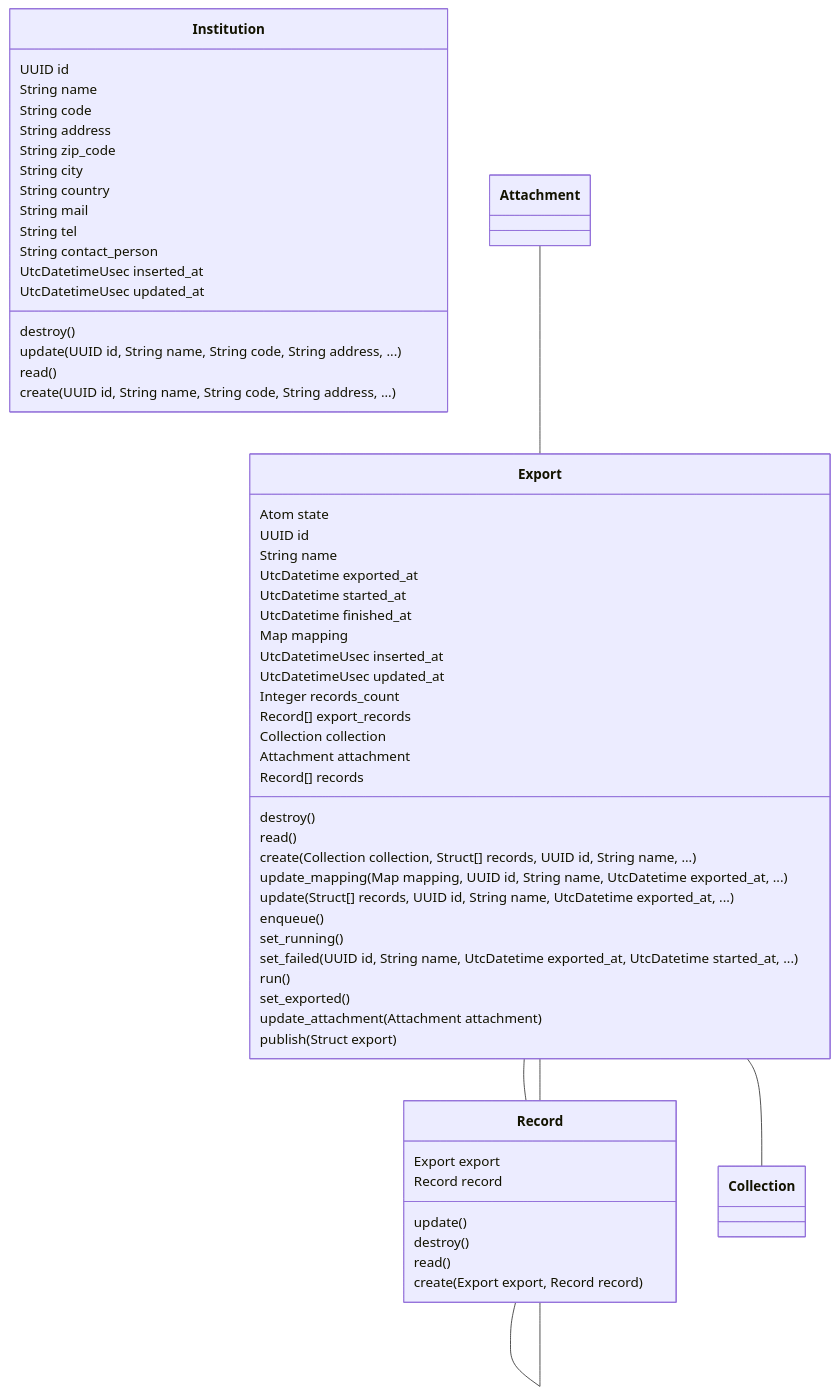
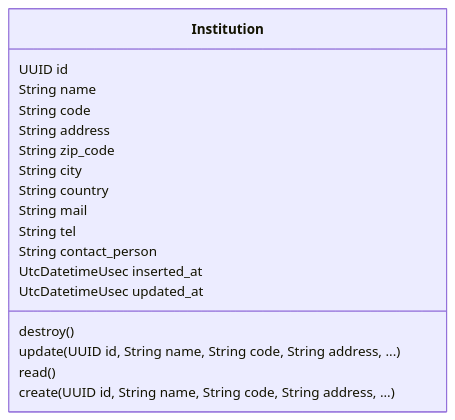
Before and after one commit to zebbra/data_aggregator: the diagram in lib/data_aggregator/platform/platform-mermaid-class-diagram.md, drawn with Mermaid. The commit also changed 21 other files, not shown here.

Commit message:
refactoring: moving export resources to records registry; docs generation

````diff
--- a/lib/data_aggregator/platform/platform-mermaid-class-diagram.md
+++ b/lib/data_aggregator/platform/platform-mermaid-class-diagram.md
@@ -1,64 +1,24 @@
 ```mermaid
 classDiagram
     class Institution {
         UUID id
         String name
         String code
         String address
         String zip_code
         String city
         String country
         String mail
         String tel
         String contact_person
         UtcDatetimeUsec inserted_at
         UtcDatetimeUsec updated_at
         destroy()
         update(UUID id, String name, String code, String address, ...)
         read()
         create(UUID id, String name, String code, String address, ...)
     }
-    class Export {
-        Atom state
-        UUID id
-        String name
-        UtcDatetime exported_at
-        UtcDatetime started_at
-        UtcDatetime finished_at
-        Map mapping
-        UtcDatetimeUsec inserted_at
-        UtcDatetimeUsec updated_at
-        Integer records_count
-        Record[] export_records
-        Collection collection
-        Attachment attachment
-        Record[] records
-        destroy()
-        read()
-        create(Collection collection, Struct[] records, UUID id, String name, ...)
-        update_mapping(Map mapping, UUID id, String name, UtcDatetime exported_at, ...)
-        update(Struct[] records, UUID id, String name, UtcDatetime exported_at, ...)
-        enqueue()
-        set_running()
-        set_failed(UUID id, String name, UtcDatetime exported_at, UtcDatetime started_at, ...)
-        run()
-        set_exported()
-        update_attachment(Attachment attachment)
-        publish(Struct export)
-    }
-    class Record {
-        Export export
-        Record record
-        update()
-        destroy()
-        read()
-        create(Export export, Record record)
-    }
 
-    Attachment -- Export
-    Export -- Record
-    Export -- Collection
-    Export -- Record
-    Record -- Record
+
 
 ```
````
